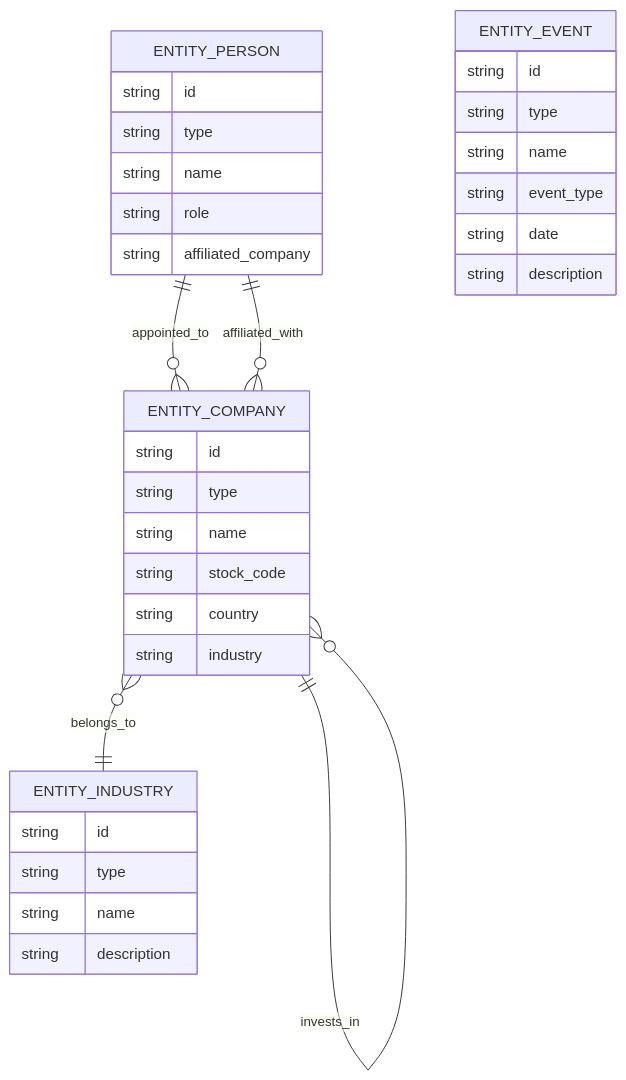
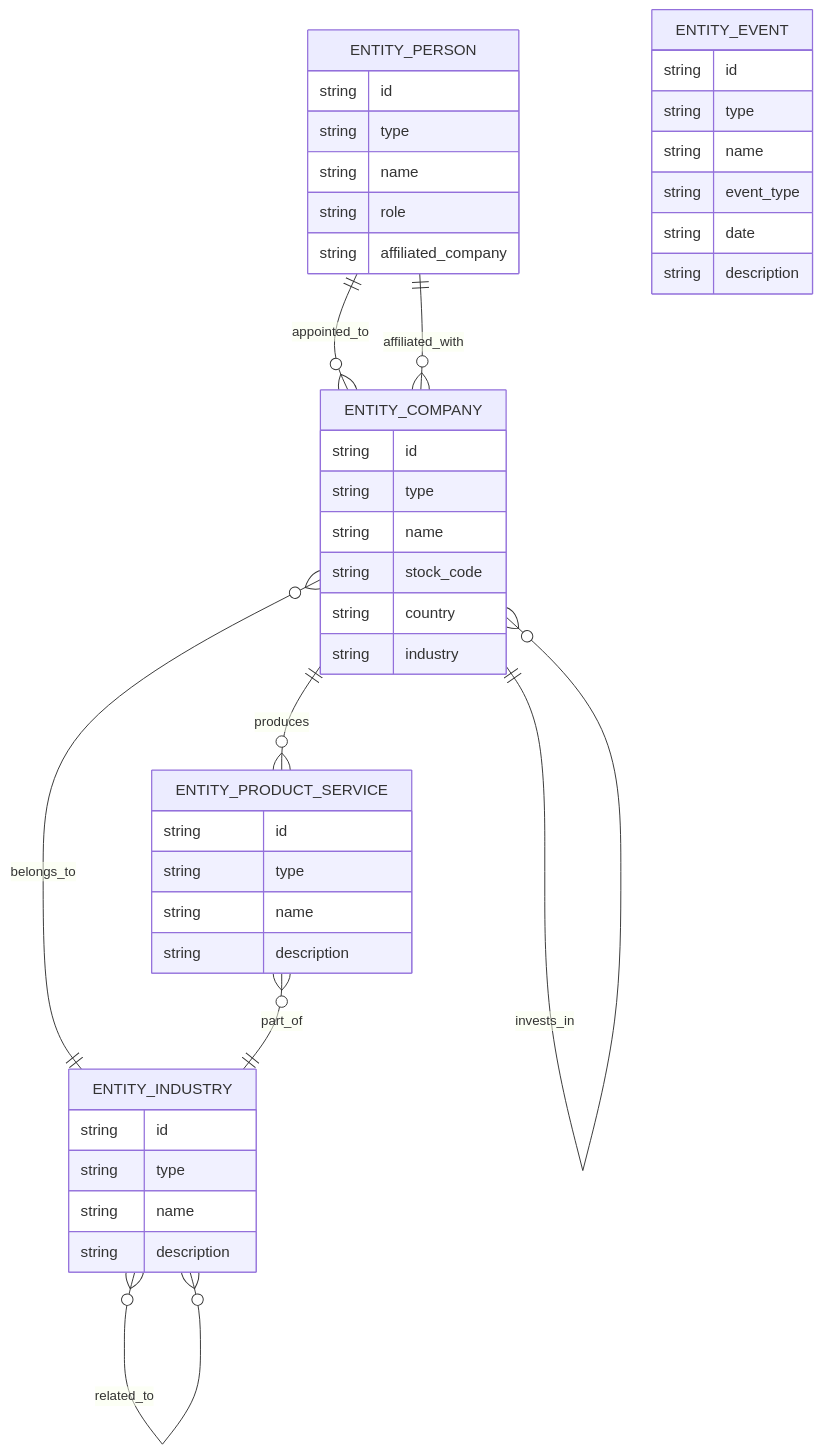
One commit to yhaaan/team3-cloud-capstone changed the second of 3 diagrams in docs/module-b-er-diagram.md. Above: the diagram before and after it, drawn with Mermaid. The commit also changed other lines of this file and 14 other files, not shown here.

````diff
--- a/docs/module-b-er-diagram.md
+++ b/docs/module-b-er-diagram.md
@@ -51,41 +51,52 @@
 ```mermaid
 erDiagram
     ENTITY_COMPANY {
         string id
         string type
         string name
         string stock_code
         string country
         string industry
     }
 
     ENTITY_PERSON {
         string id
         string type
         string name
         string role
         string affiliated_company
     }
 
     ENTITY_EVENT {
         string id
         string type
         string name
         string event_type
         string date
         string description
     }
 
     ENTITY_INDUSTRY {
         string id
         string type
         string name
         string description
     }
 
+    ENTITY_PRODUCT_SERVICE {
+        string id
+        string type
+        string name
+        string description
+    }
+
     ENTITY_COMPANY ||--o{ ENTITY_COMPANY : acquires
     ENTITY_COMPANY ||--o{ ENTITY_COMPANY : invests_in
     ENTITY_PERSON ||--o{ ENTITY_COMPANY : appointed_to
     ENTITY_PERSON ||--o{ ENTITY_COMPANY : affiliated_with
     ENTITY_COMPANY }o--|| ENTITY_INDUSTRY : belongs_to
+    ENTITY_COMPANY ||--o{ ENTITY_PRODUCT_SERVICE : produces
+    ENTITY_PRODUCT_SERVICE }o--|| ENTITY_INDUSTRY : part_of
+    ENTITY_INDUSTRY }o--|| ENTITY_INDUSTRY : part_of
+    ENTITY_INDUSTRY }o--o{ ENTITY_INDUSTRY : related_to
 ```
````
